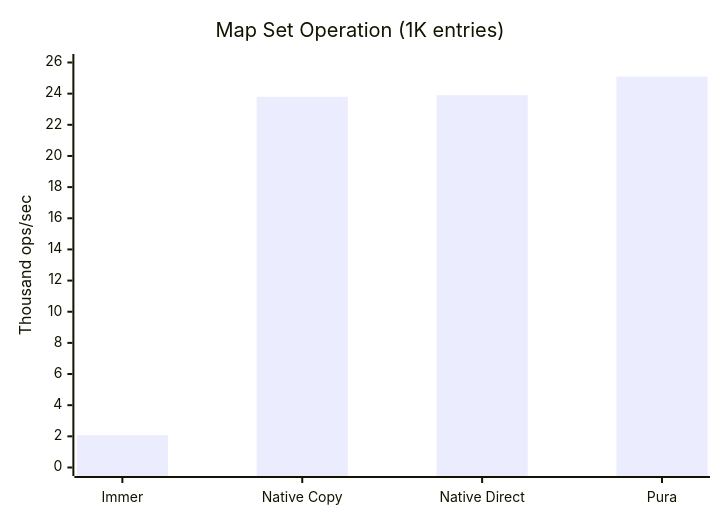
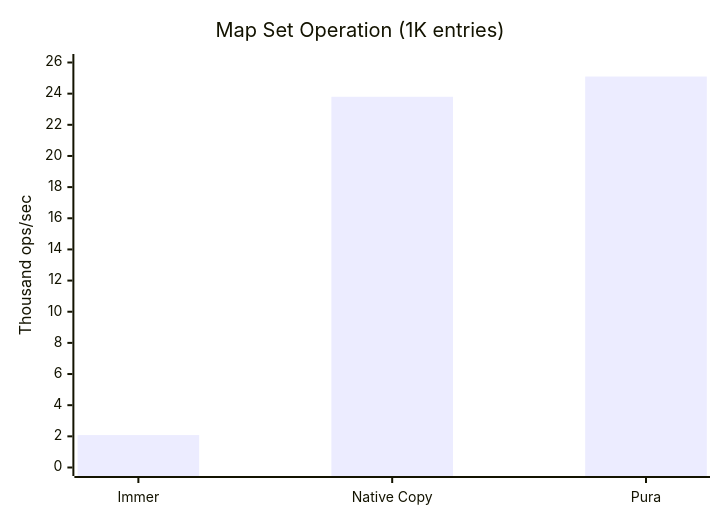
Before and after one commit to SylphxAI/pura: the fourth of 5 diagrams in README.md, drawn with Mermaid. The commit also changed other lines of this file, not shown here.

First line of the commit message:
docs(readme): remove Native Direct from charts for clarity

````diff
--- a/README.md
+++ b/README.md
@@ -295,13 +295,13 @@
 ```mermaid
 ---
 config:
   themeVariables:
     xyChart:
       backgroundColor: "transparent"
 ---
 xychart-beta
     title "Map Set Operation (1K entries)"
-    x-axis ["Immer", "Native Copy", "Native Direct", "Pura"]
+    x-axis ["Immer", "Native Copy", "Pura"]
     y-axis "Thousand ops/sec" 0 --> 26
-    bar [2.08, 23.8, 23.9, 25.1]
+    bar [2.08, 23.8, 25.1]
 ```
````
